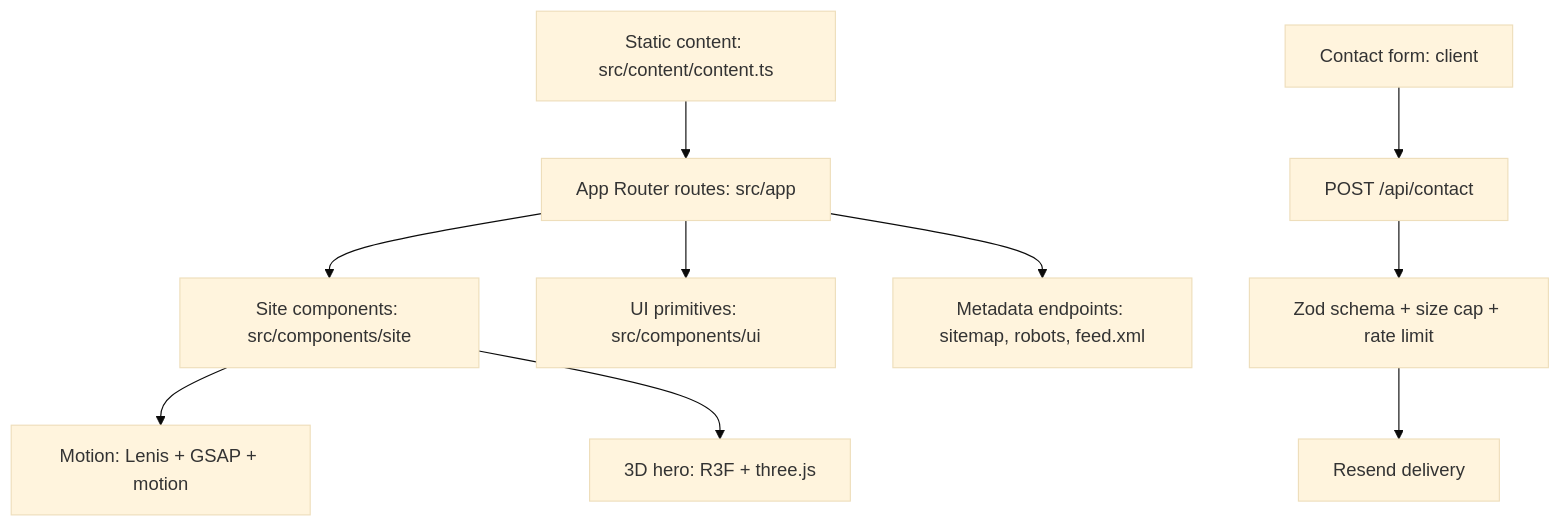
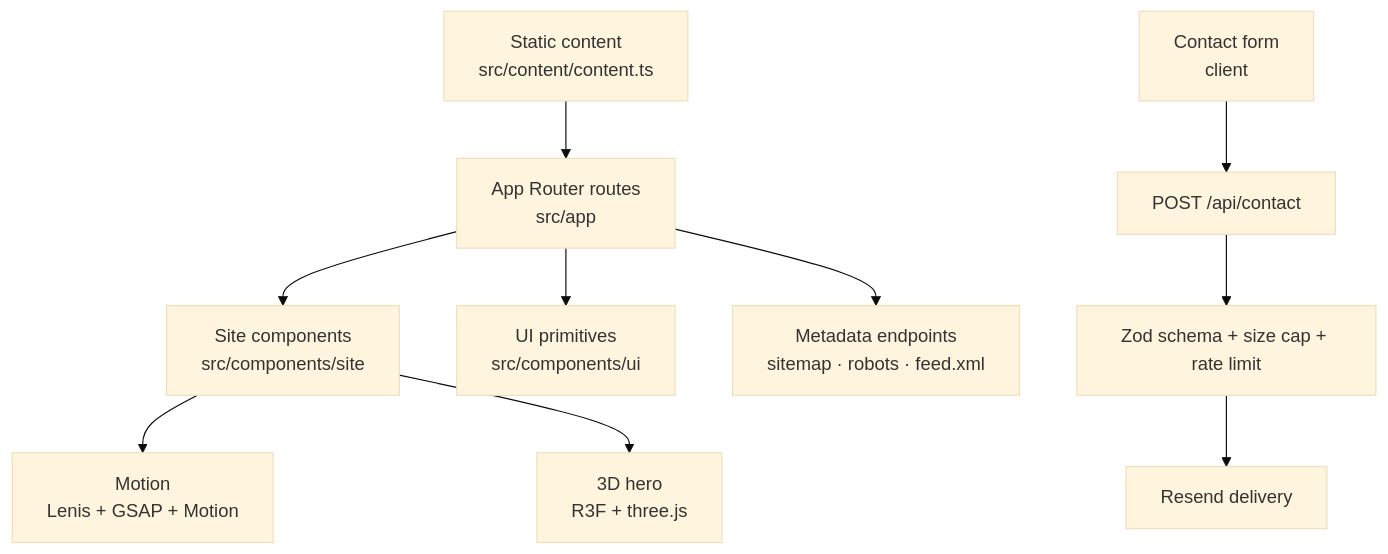
Before and after one commit to BrandUpCrew/BrandUpCrew: the second of 4 diagrams in README.md, drawn with Mermaid (base theme). The commit also changed other lines of this file, not shown here.

````diff
--- a/README.md
+++ b/README.md
@@ -186,12 +251,12 @@
 ```mermaid
 flowchart TD
-  A[Static content: src/content/content.ts] --> B[App Router routes: src/app]
-  B --> C[Site components: src/components/site]
-  B --> D[UI primitives: src/components/ui]
-  C --> E[Motion: Lenis + GSAP + motion]
-  C --> F[3D hero: R3F + three.js]
-  B --> G[Metadata endpoints: sitemap, robots, feed.xml]
-  H[Contact form: client] --> I["POST /api/contact"]
-  I --> J[Zod schema + size cap + rate limit]
-  J --> K[Resend delivery]
+  A["Static content<br/>src/content/content.ts"] --> B["App Router routes<br/>src/app"]
+  B --> C["Site components<br/>src/components/site"]
+  B --> D["UI primitives<br/>src/components/ui"]
+  C --> E["Motion<br/>Lenis + GSAP + Motion"]
+  C --> F["3D hero<br/>R3F + three.js"]
+  B --> G["Metadata endpoints<br/>sitemap · robots · feed.xml"]
+  H["Contact form<br/>client"] --> I["POST /api/contact"]
+  I --> J["Zod schema + size cap + rate limit"]
+  J --> K["Resend delivery"]
 ```
````
